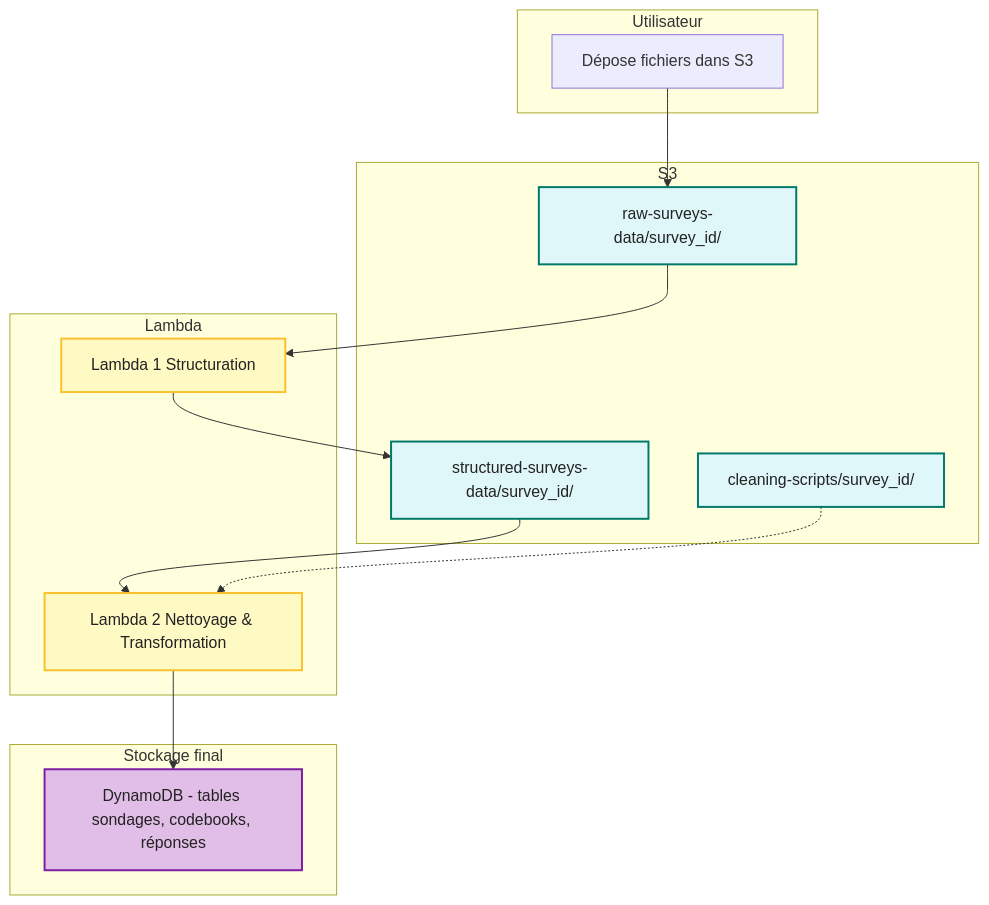
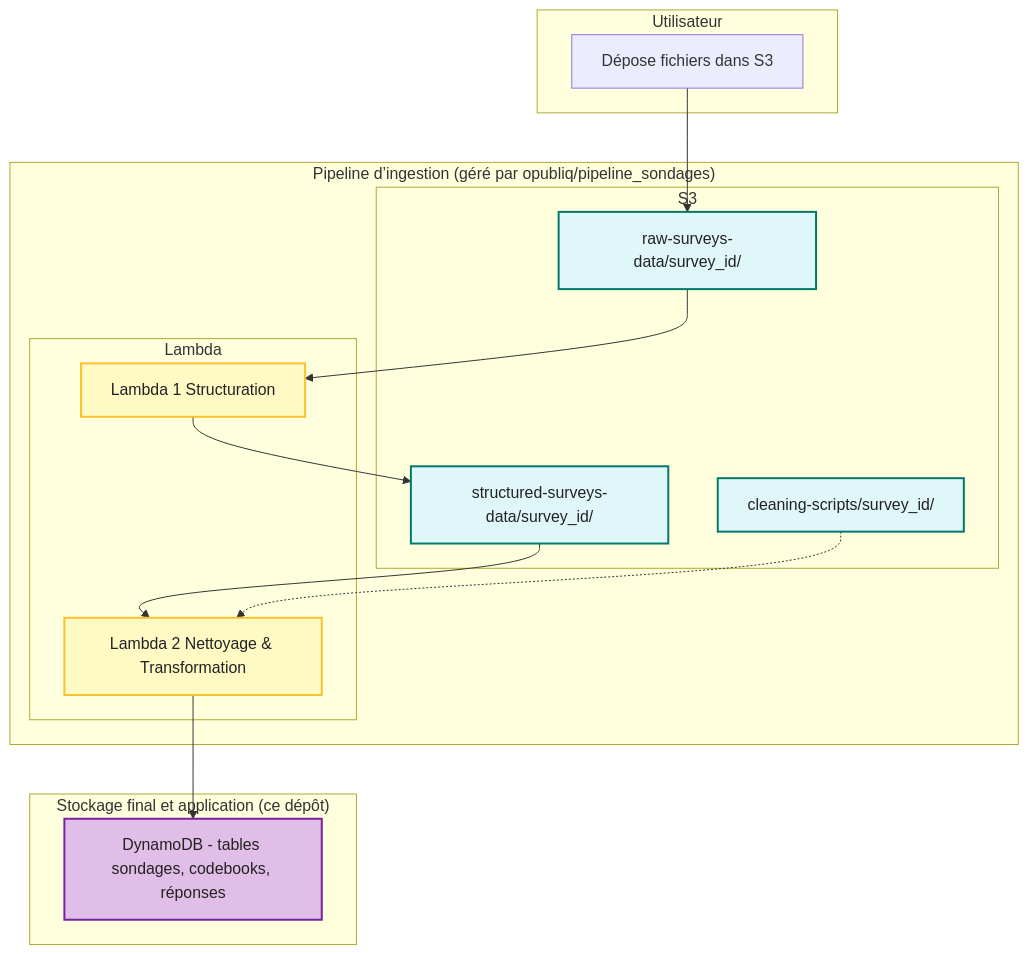
Before and after one commit to opubliq/mvp_moteur_recherche_sondages: the diagram in schemas/ingestion_donnees_dynamodb.mmd, drawn with Mermaid. The commit also changed 1 other file, not shown here.

Commit message:
update plan avec nouveau repo pour pipeline de sondages

```diff
--- a/schemas/ingestion_donnees_dynamodb.mmd
+++ b/schemas/ingestion_donnees_dynamodb.mmd
@@ -1,34 +1,37 @@
 flowchart TD
     subgraph Utilisateur
         A[Dépose fichiers dans S3]
     end
 
-    subgraph S3
-        B1[raw-surveys-data/survey_id/]
-        B2[structured-surveys-data/survey_id/]
-        B3[cleaning-scripts/survey_id/]
+    subgraph "Pipeline d’ingestion (géré par opubliq/pipeline_sondages)"
+        subgraph S3
+            B1[raw-surveys-data/survey_id/]
+            B2[structured-surveys-data/survey_id/]
+            B3[cleaning-scripts/survey_id/]
+        end
+
+        subgraph Lambda
+            C1[Lambda 1 Structuration]
+            C2[Lambda 2 Nettoyage & Transformation]
+        end
+
+        A --> B1
+        B1 --> C1
+        C1 --> B2
+        B2 --> C2
+        B3 -.-> C2
     end
 
-    subgraph Lambda
-        C1[Lambda 1 Structuration]
-        C2[Lambda 2 Nettoyage & Transformation]
-    end
-
-    subgraph Stockage final
+    subgraph "Stockage final et application (ce dépôt)"
         D[DynamoDB - tables sondages, codebooks, réponses]
     end
 
-    A --> B1
-    B1 --> C1
-    C1 --> B2
-    B2 --> C2
-    B3 -.-> C2
     C2 --> D
 
     %% Légende
     classDef s3 fill:#e0f7fa,stroke:#00796b,stroke-width:2px,color:#222;
     classDef lambda fill:#fff9c4,stroke:#fbc02d,stroke-width:2px,color:#222;
     classDef dynamo fill:#e1bee7,stroke:#7b1fa2,stroke-width:2px,color:#222;
     class B1,B2,B3 s3;
     class C1,C2 lambda;
     class D dynamo;
```
